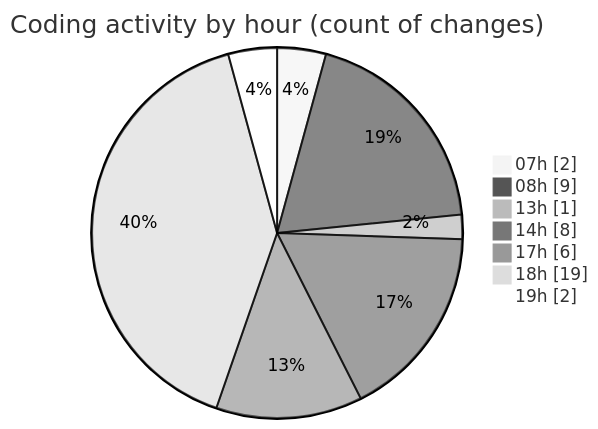
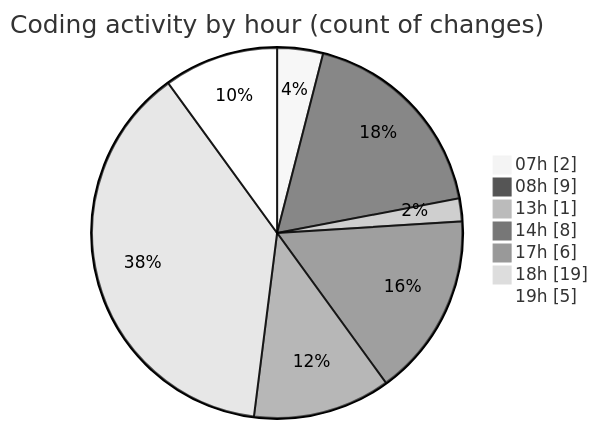
One commit to Elitesun/code-tracking changed the second of 2 diagrams in 2025-05-14/niten/README.md. Above: the diagram before and after it, drawn with Mermaid (neutral theme). The commit also changed other lines of this file and 1 other file, not shown here.

````diff
--- a/2025-05-14/niten/README.md
+++ b/2025-05-14/niten/README.md
@@ -42,11 +43,11 @@
 ```mermaid
 pie showData
 title Coding activity by hour (count of changes)
 "07h" : 2
 "08h" : 9
 "13h" : 1
 "14h" : 8
 "17h" : 6
 "18h" : 19
-"19h" : 2
+"19h" : 5
 ```
````
